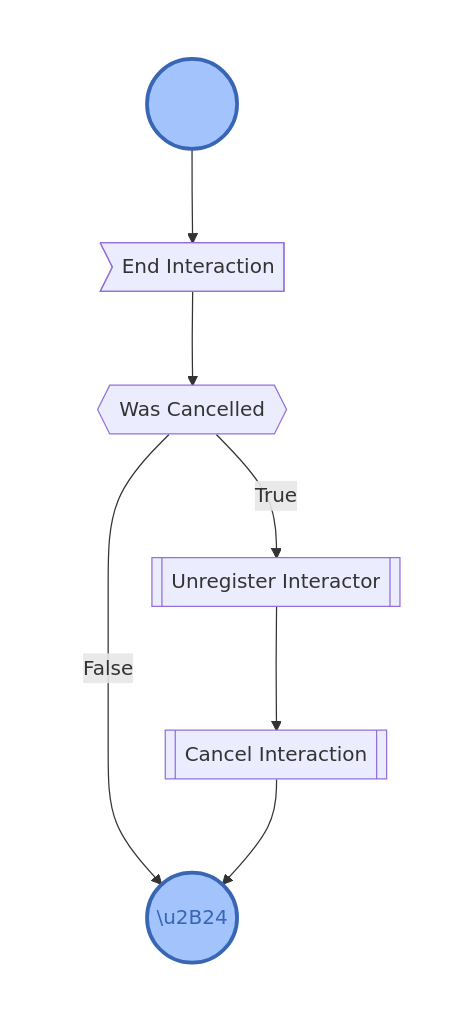
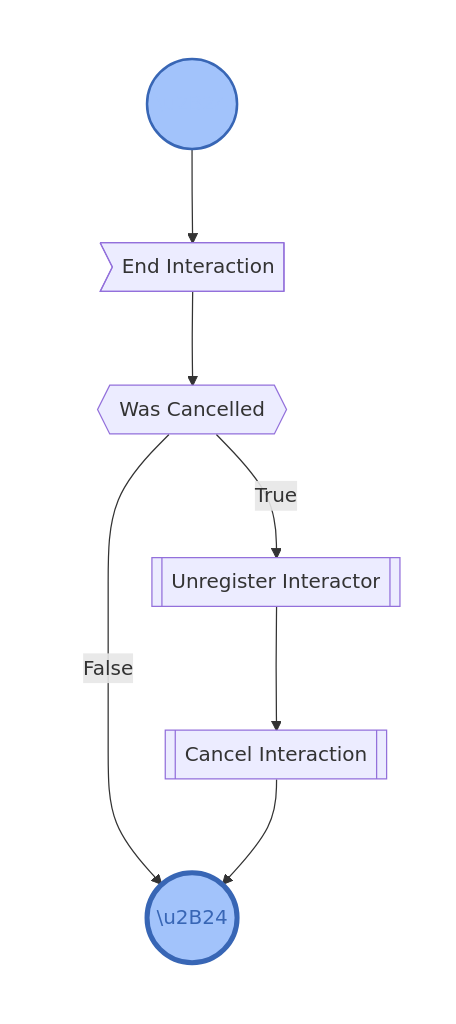
Before and after one commit to twistedbytes-net/TBIA-Documentation: the second of 2 diagrams in versioned_docs/version-1.0.0/architecture/interact-active.mdx, drawn with Mermaid. The commit also changed other lines of this file and 5 other files, not shown here.

Commit message:
Fixed graph styles

````diff
--- a/versioned_docs/version-1.0.0/architecture/interact-active.mdx
+++ b/versioned_docs/version-1.0.0/architecture/interact-active.mdx
@@ -115,30 +115,30 @@
 ```mermaid
 flowchart TB
     START(("\u2B24"))
     STOP(("\u2B24"))
     
     B>End Interaction]
     C{{Was Cancelled}}
     D[[Unregister Interactor]]
     E[[Cancel Interaction]]
    
     subgraph sub_container [ ]
         direction TB
         
         START 
         START --> B
         B --> C
         C --> |True| D
         C --> |False| STOP
         D --> E
         E --> STOP
     end
     
-    classDef sty_start fill:#A2C3FB,color:#A2C3FB,stroke-width:3px,stroke:#3866B5;
-    classDef sty_stop fill:#A2C3FB,color:#3866B5,stroke-width:3px,stroke:#3866B5;
+    classDef sty_start fill:#A2C3FB,color:#A2C3FB,stroke-width:2px,stroke:#3866B5;
+    classDef sty_stop fill:#A2C3FB,color:#3866B5,stroke-width:4px,stroke:#3866B5;
     classDef sty_subgraph_transparent fill:#0000,stroke:#0000;
     
     class sub_container sty_subgraph_transparent;
     class START sty_start;
     class STOP sty_stop;
 ```
````
